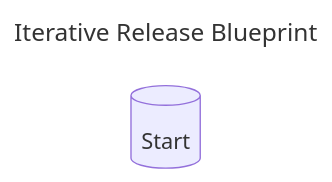
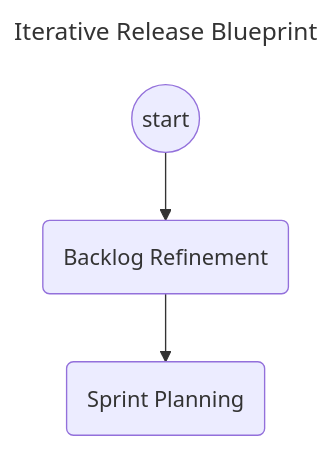
Before and after one commit to jessicahirsch/Mermaid-Diagrams: the diagram in diagrams/diagram3.mmd, drawn with Mermaid.

Commit message:
feat(diagram3): backlog refinement and sprint planning

```diff
--- a/diagrams/diagram3.mmd
+++ b/diagrams/diagram3.mmd
@@ -1,7 +1,8 @@
 ---
 title: Iterative Release Blueprint
 ---
 
 flowchart TD
 
-A[(Start)]
+A((start))-->B(Backlog Refinement)
+B(Backlog Refinement)-->C(Sprint Planning)
```
